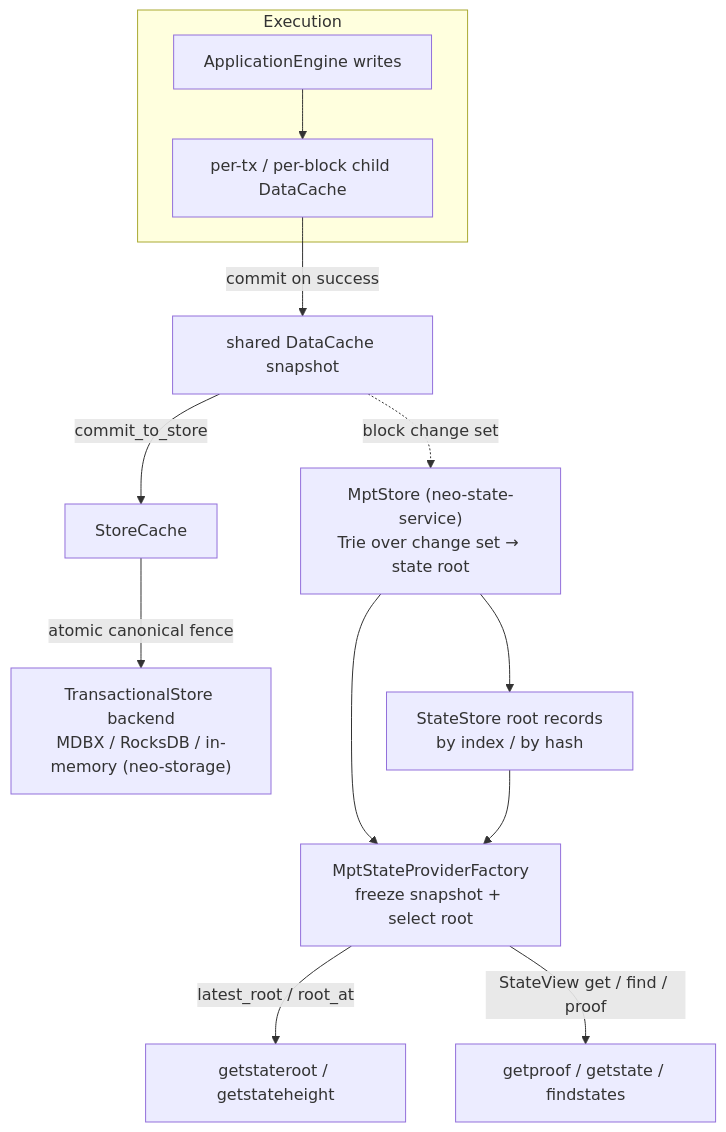
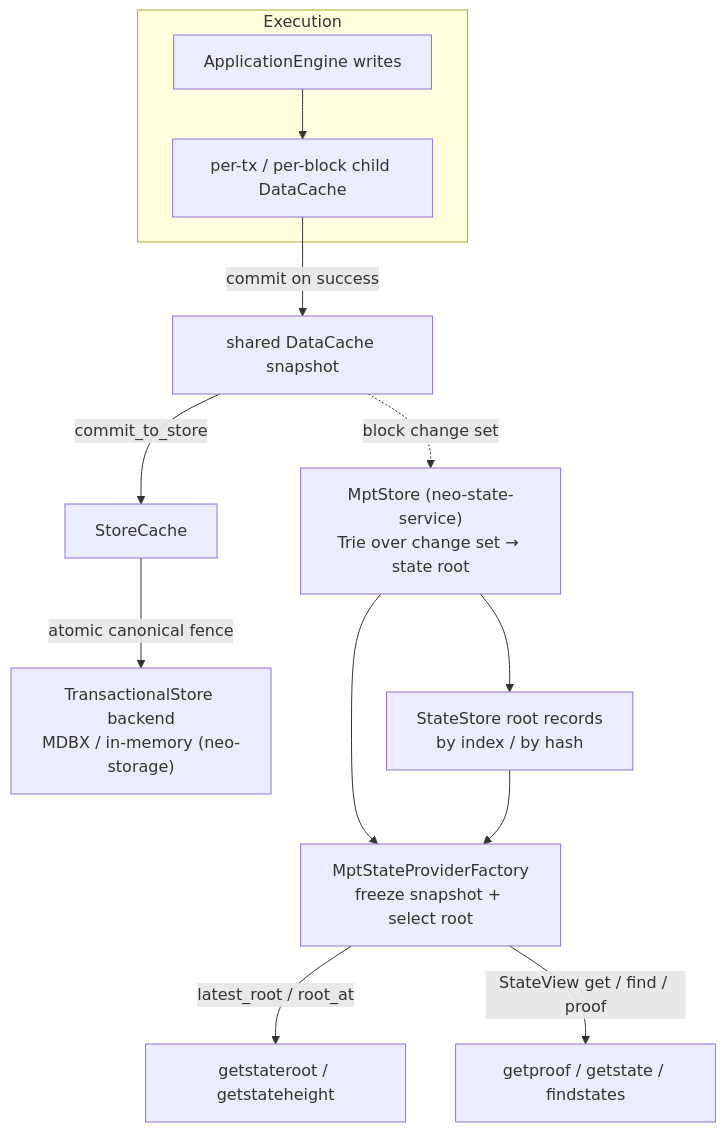
Before and after one commit to r3e-network/neo-rs: the seventh of 7 diagrams in docs/dataflow.md, drawn with Mermaid. The commit also changed other lines of this file and 18 other files, not shown here.

Commit message:
docs(storage): document coordinated MDBX operations

````diff
--- a/docs/dataflow.md
+++ b/docs/dataflow.md
@@ -424,16 +424,16 @@
 ```mermaid
 flowchart TD
     subgraph Execution
         AE["ApplicationEngine writes"] --> Child["per-tx / per-block child DataCache"]
     end
     Child -->|commit on success| Snap["shared DataCache snapshot"]
     Snap -->|commit_to_store| SC["StoreCache"]
-    SC -->|atomic canonical fence| Store["TransactionalStore backend<br/>MDBX / RocksDB / in-memory (neo-storage)"]
+    SC -->|atomic canonical fence| Store["TransactionalStore backend<br/>MDBX / in-memory (neo-storage)"]
 
     Snap -.->|block change set| MPT["MptStore (neo-state-service)<br/>Trie over change set → state root"]
     MPT --> SS["StateStore root records<br/>by index / by hash"]
     MPT --> SPF["MptStateProviderFactory<br/>freeze snapshot + select root"]
     SS --> SPF
     SPF -->|latest_root / root_at| RPC1["getstateroot / getstateheight"]
     SPF -->|StateView get / find / proof| RPC2["getproof / getstate / findstates"]
 ```
````
